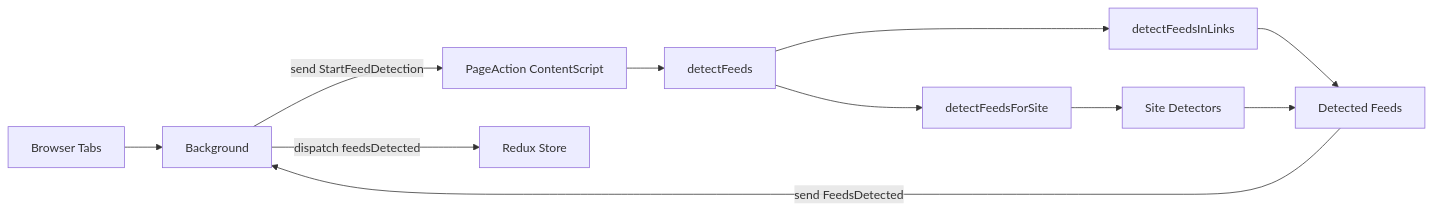
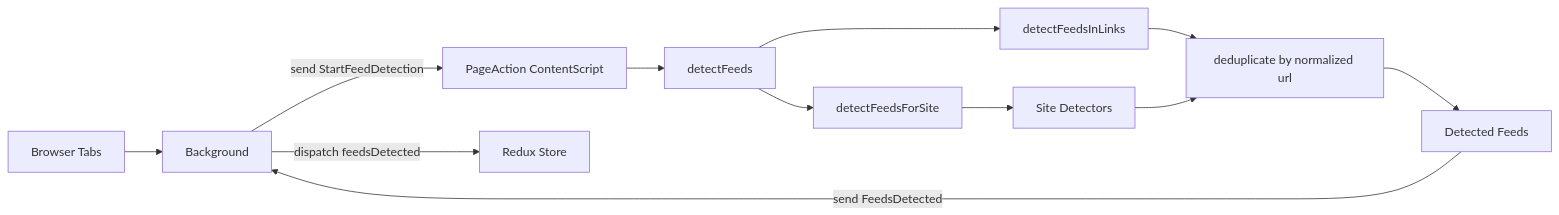
Before and after one commit to dermeck/feeds-sidebar: the diagram in src/services/feedDetection/README.md, drawn with Mermaid. The commit also changed other lines of this file, not shown here.

````diff
--- a/src/services/feedDetection/README.md
+++ b/src/services/feedDetection/README.md
@@ -16,13 +16,14 @@
 ```mermaid
 flowchart LR
   BT[Browser Tabs] --> BG[Background]
   BG -->|send StartFeedDetection| CS[PageAction ContentScript]
   CS --> DF[detectFeeds]
   DF --> LNK[detectFeedsInLinks]
   DF --> DFS[detectFeedsForSite]
   DFS --> SITE[Site Detectors]
-  LNK --> DET[Detected Feeds]
-  SITE --> DET
+  LNK --> DEDUP[deduplicate by normalized url]
+  SITE --> DEDUP
+  DEDUP --> DET[Detected Feeds]
   DET -->|send FeedsDetected| BG
   BG -->|dispatch feedsDetected| STORE[Redux Store]
 ```
````
